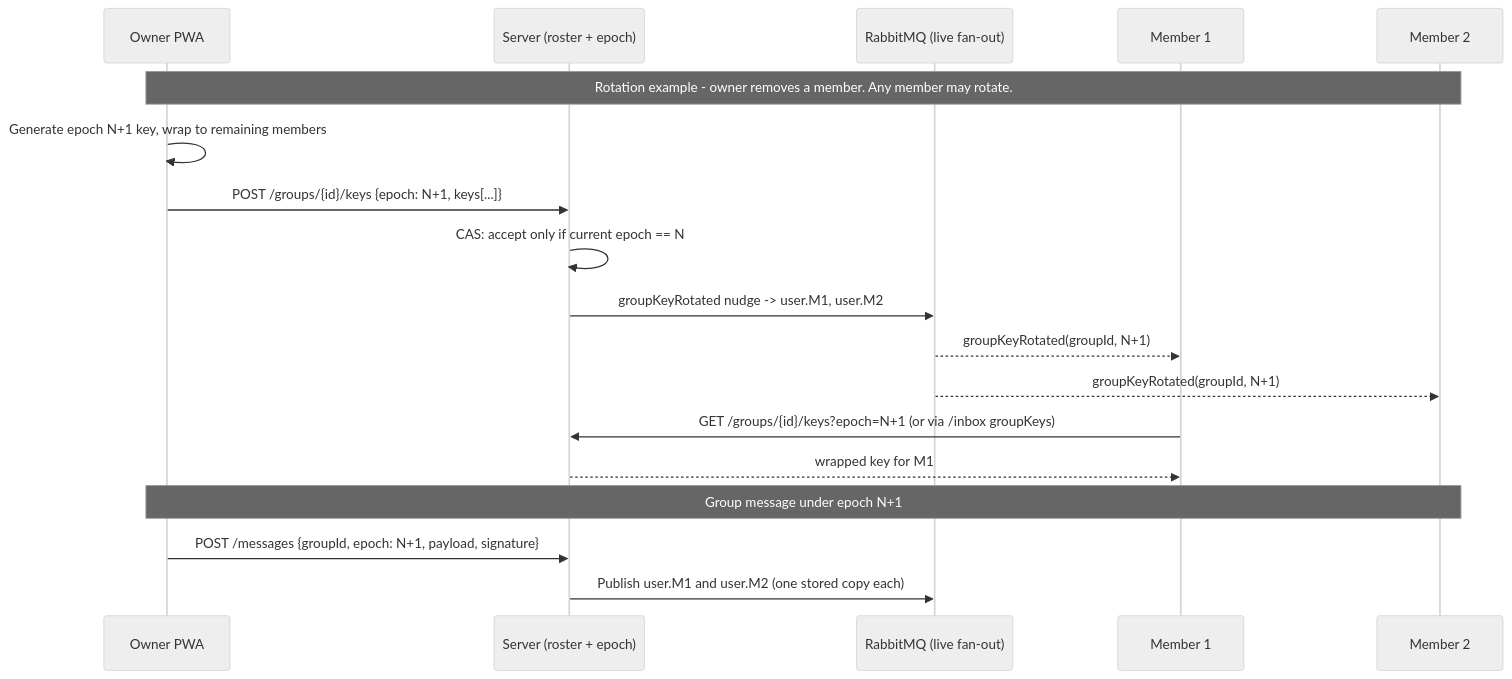
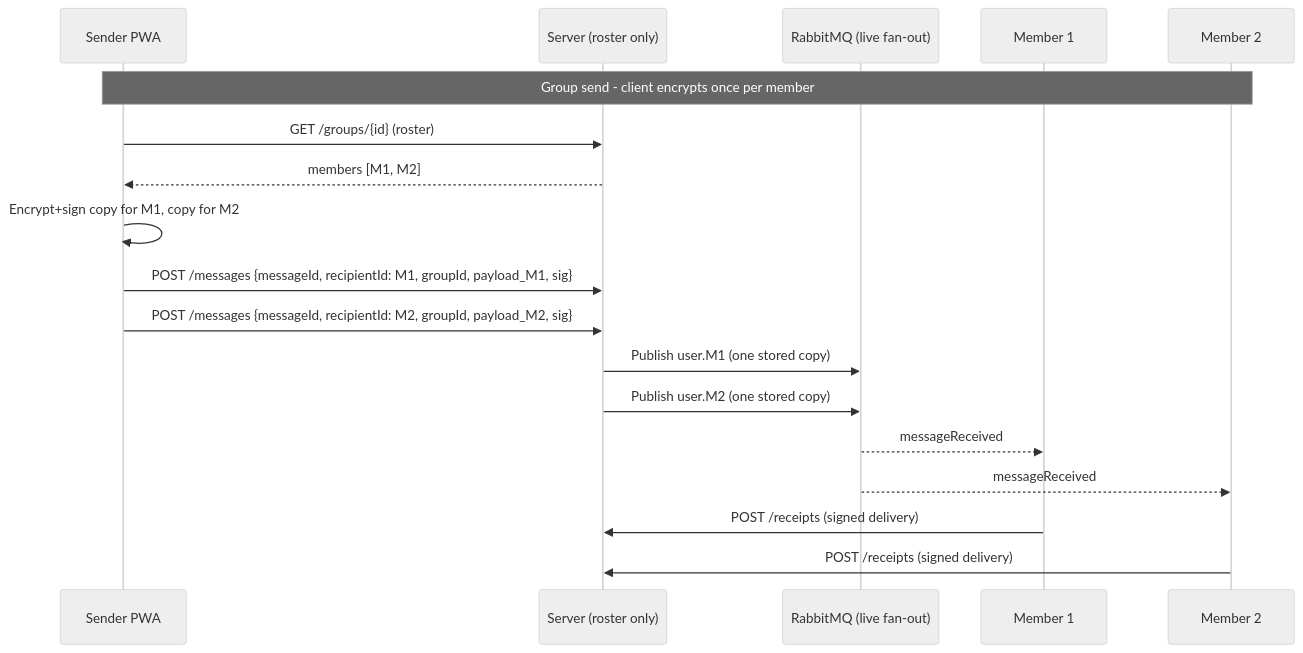
Before and after one commit to olshanskyev/fourletters-meta: the sixth of 7 diagrams in doc/ARCHITECTURE.md, drawn with Mermaid (neutral theme). The commit also changed other lines of this file and 8 other files, not shown here.

````diff
--- a/doc/ARCHITECTURE.md
+++ b/doc/ARCHITECTURE.md
@@ -210,21 +209,21 @@
 ```mermaid
 sequenceDiagram
-    participant Owner as Owner PWA
-    participant Server as Server (roster + epoch)
+    participant Sender as Sender PWA
+    participant Server as Server (roster only)
     participant MQ as RabbitMQ (live fan-out)
     participant M1 as Member 1
     participant M2 as Member 2
 
-    Note over Owner,M2: Rotation example - owner removes a member. Any member may rotate.
-    Owner->>Owner: Generate epoch N+1 key, wrap to remaining members
-    Owner->>Server: POST /groups/{id}/keys {epoch: N+1, keys[...]}
-    Server->>Server: CAS: accept only if current epoch == N
-    Server->>MQ: groupKeyRotated nudge -> user.M1, user.M2
-    MQ-->>M1: groupKeyRotated(groupId, N+1)
-    MQ-->>M2: groupKeyRotated(groupId, N+1)
-    M1->>Server: GET /groups/{id}/keys?epoch=N+1 (or via /inbox groupKeys)
-    Server-->>M1: wrapped key for M1
-    Note over Owner,M2: Group message under epoch N+1
-    Owner->>Server: POST /messages {groupId, epoch: N+1, payload, signature}
-    Server->>MQ: Publish user.M1 and user.M2 (one stored copy each)
+    Note over Sender,M2: Group send - client encrypts once per member
+    Sender->>Server: GET /groups/{id} (roster)
+    Server-->>Sender: members [M1, M2]
+    Sender->>Sender: Encrypt+sign copy for M1, copy for M2
+    Sender->>Server: POST /messages {messageId, recipientId: M1, groupId, payload_M1, sig}
+    Sender->>Server: POST /messages {messageId, recipientId: M2, groupId, payload_M2, sig}
+    Server->>MQ: Publish user.M1 (one stored copy)
+    Server->>MQ: Publish user.M2 (one stored copy)
+    MQ-->>M1: messageReceived
+    MQ-->>M2: messageReceived
+    M1->>Server: POST /receipts (signed delivery)
+    M2->>Server: POST /receipts (signed delivery)
 ```
````
